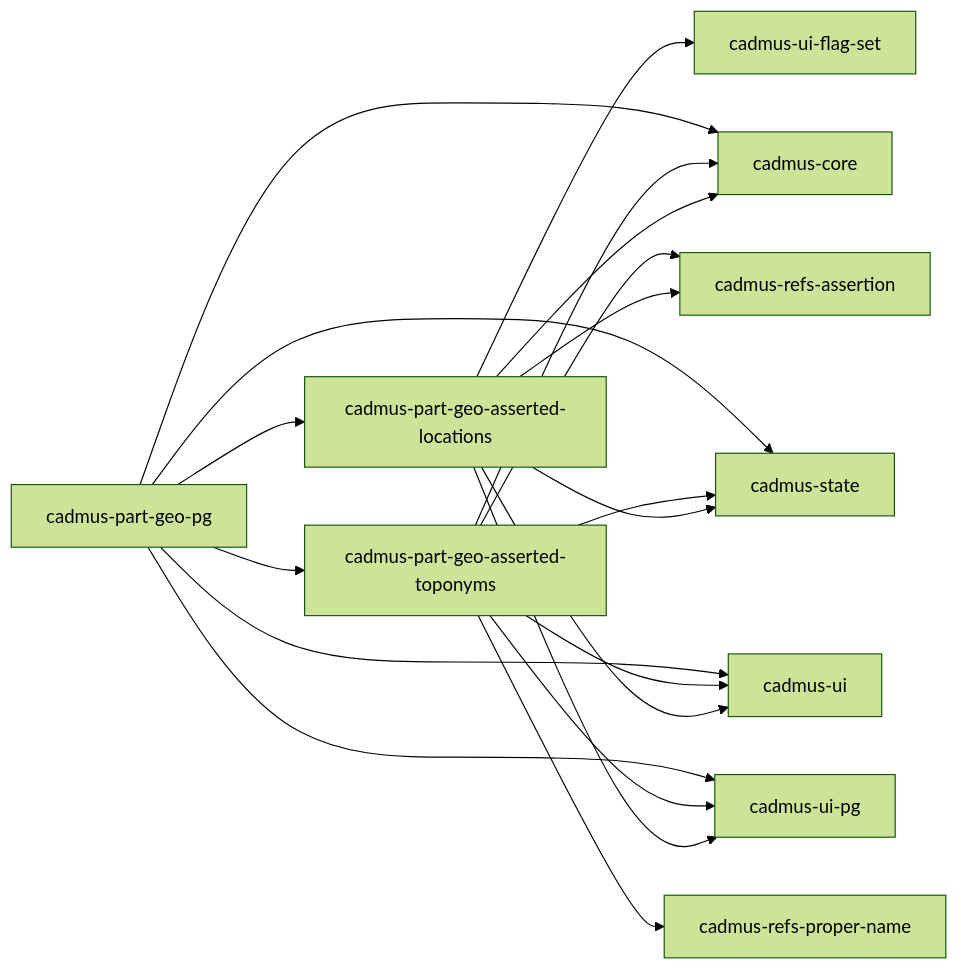
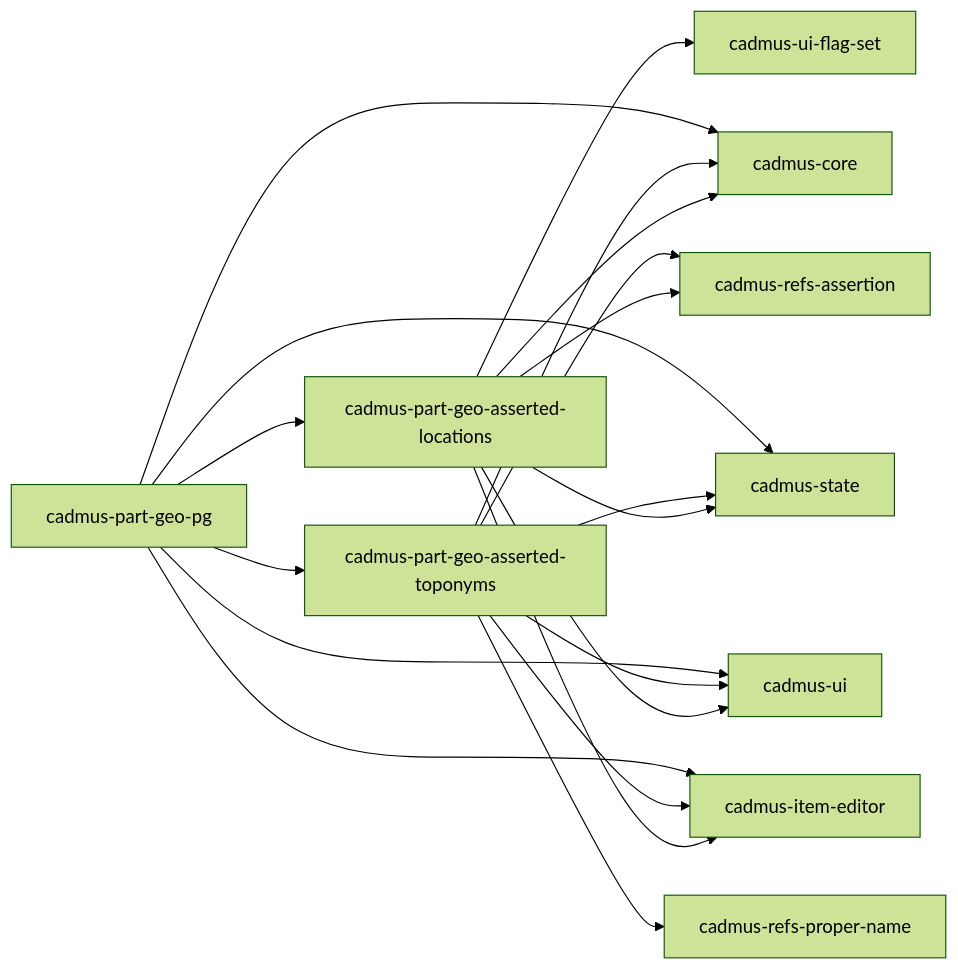
Before and after one commit to vedph/cadmus-doc: the diagram in frontend/geography-shell.md, drawn with Mermaid (forest theme). The commit also changed 11 other files, not shown here.

````diff
--- a/frontend/geography-shell.md
+++ b/frontend/geography-shell.md
@@ -12,23 +12,23 @@
 ```mermaid
 graph LR;
   cadmus-part-geo-asserted-locations --> cadmus-refs-assertion
   cadmus-part-geo-asserted-locations --> cadmus-ui-flag-set
   cadmus-part-geo-asserted-locations --> cadmus-core
   cadmus-part-geo-asserted-locations --> cadmus-state
   cadmus-part-geo-asserted-locations --> cadmus-ui
-  cadmus-part-geo-asserted-locations --> cadmus-ui-pg
+  cadmus-part-geo-asserted-locations --> cadmus-item-editor
 
   cadmus-part-geo-asserted-toponyms --> cadmus-refs-assertion
   cadmus-part-geo-asserted-toponyms --> cadmus-refs-proper-name
   cadmus-part-geo-asserted-toponyms --> cadmus-core
   cadmus-part-geo-asserted-toponyms --> cadmus-state
   cadmus-part-geo-asserted-toponyms --> cadmus-ui
-  cadmus-part-geo-asserted-toponyms --> cadmus-ui-pg
+  cadmus-part-geo-asserted-toponyms --> cadmus-item-editor
 
   cadmus-part-geo-pg --> cadmus-core
   cadmus-part-geo-pg --> cadmus-state
   cadmus-part-geo-pg --> cadmus-ui
-  cadmus-part-geo-pg --> cadmus-ui-pg
+  cadmus-part-geo-pg --> cadmus-item-editor
   cadmus-part-geo-pg --> cadmus-part-geo-asserted-locations
   cadmus-part-geo-pg --> cadmus-part-geo-asserted-toponyms
 ```
````
